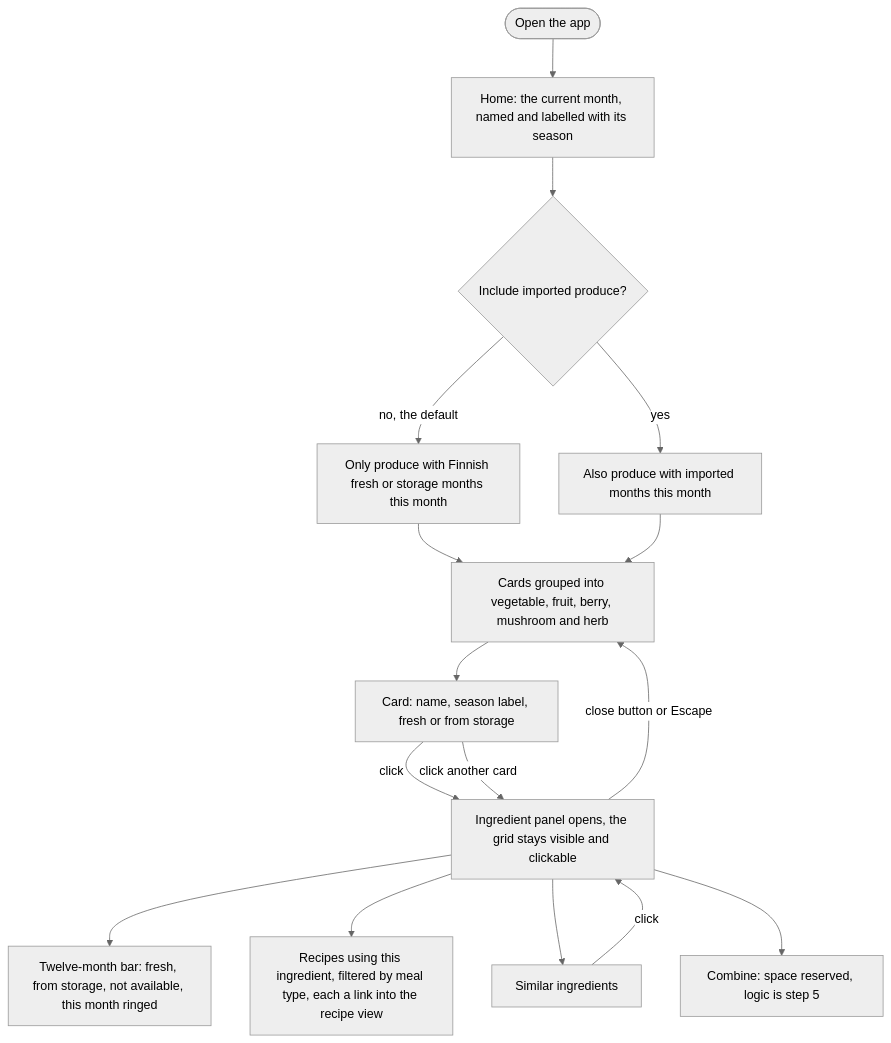
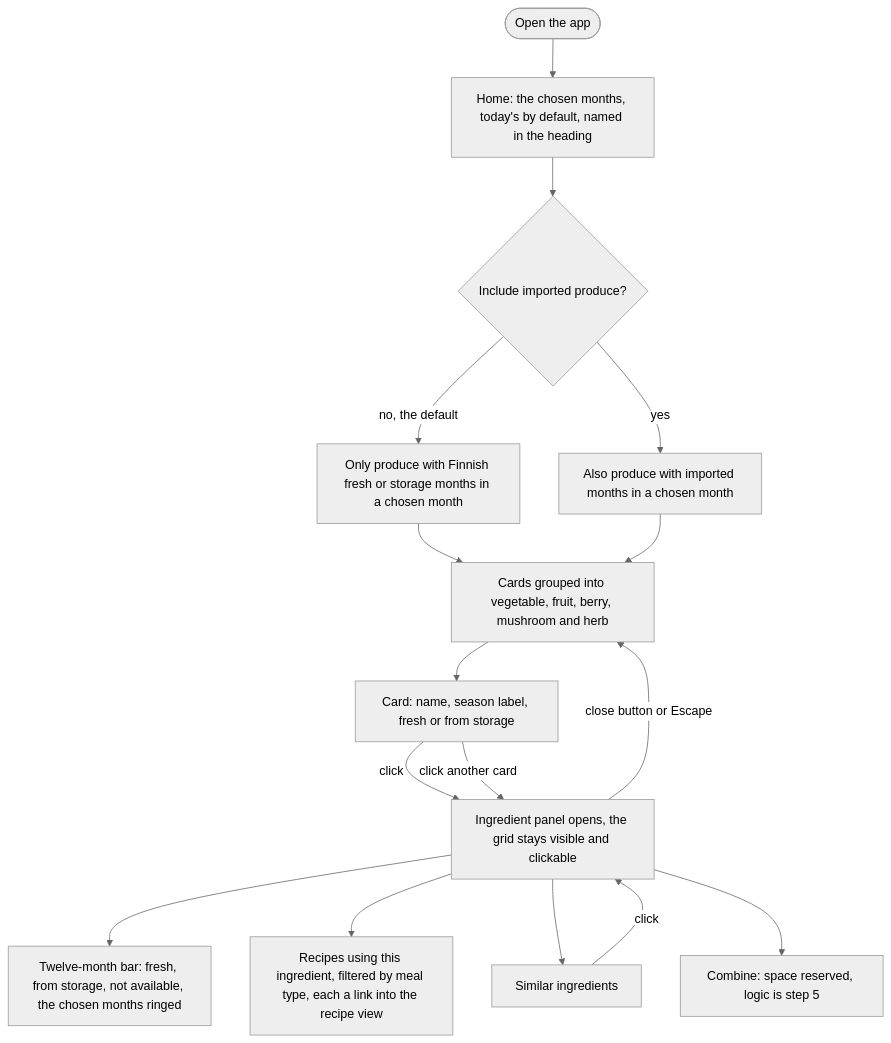
One commit to tiakangaspunta/eat-seasonal-app changed the third of 7 diagrams in docs/FLOWS.md. Above: the diagram before and after it, drawn with Mermaid (neutral theme). The commit also changed other lines of this file and 36 other files, not shown here.

First line of the commit message:
Add the row of months to both views (issue 014)

````diff
--- a/docs/FLOWS.md
+++ b/docs/FLOWS.md
@@ -34,20 +64,20 @@
 ```mermaid
 flowchart TD
-    open([Open the app]) --> home["Home: the current month, named and labelled with its season"]
+    open([Open the app]) --> home["Home: the chosen months, today's by default, named in the heading"]
     home --> filter{"Include imported produce?"}
-    filter -->|"no, the default"| domestic["Only produce with Finnish fresh or storage months this month"]
-    filter -->|"yes"| both["Also produce with imported months this month"]
+    filter -->|"no, the default"| domestic["Only produce with Finnish fresh or storage months in a chosen month"]
+    filter -->|"yes"| both["Also produce with imported months in a chosen month"]
     domestic --> grid["Cards grouped into vegetable, fruit, berry, mushroom and herb"]
     both --> grid
     grid --> card["Card: name, season label, fresh or from storage"]
     card -->|"click"| panel["Ingredient panel opens, the grid stays visible and clickable"]
 
-    panel --> months["Twelve-month bar: fresh, from storage, not available, this month ringed"]
+    panel --> months["Twelve-month bar: fresh, from storage, not available, the chosen months ringed"]
     panel --> recipes["Recipes using this ingredient, filtered by meal type, each a link into the recipe view"]
     panel --> similar["Similar ingredients"]
     panel --> combine["Combine: space reserved, logic is step 5"]
 
     similar -->|"click"| panel
     card -->|"click another card"| panel
     panel -->|"close button or Escape"| grid
 ```
````
